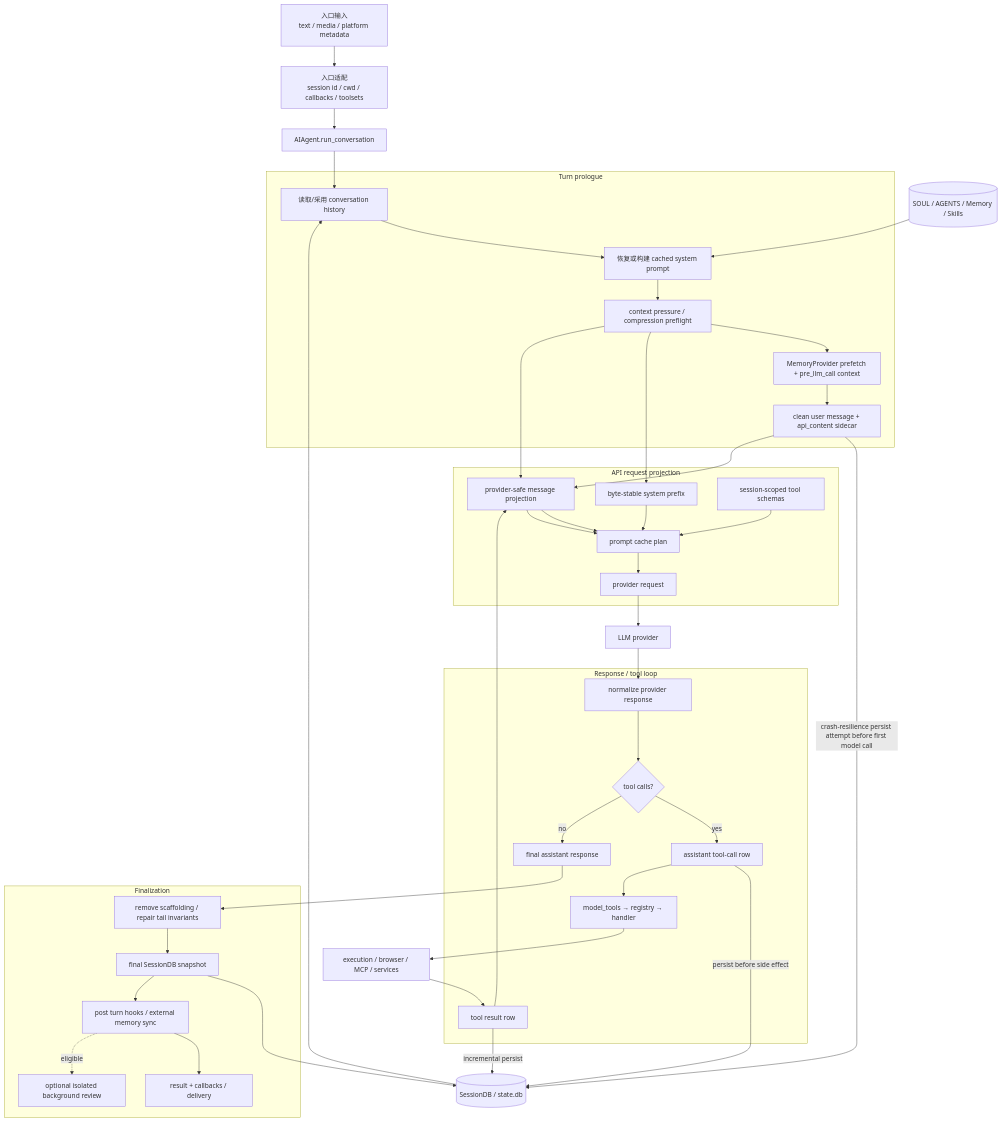
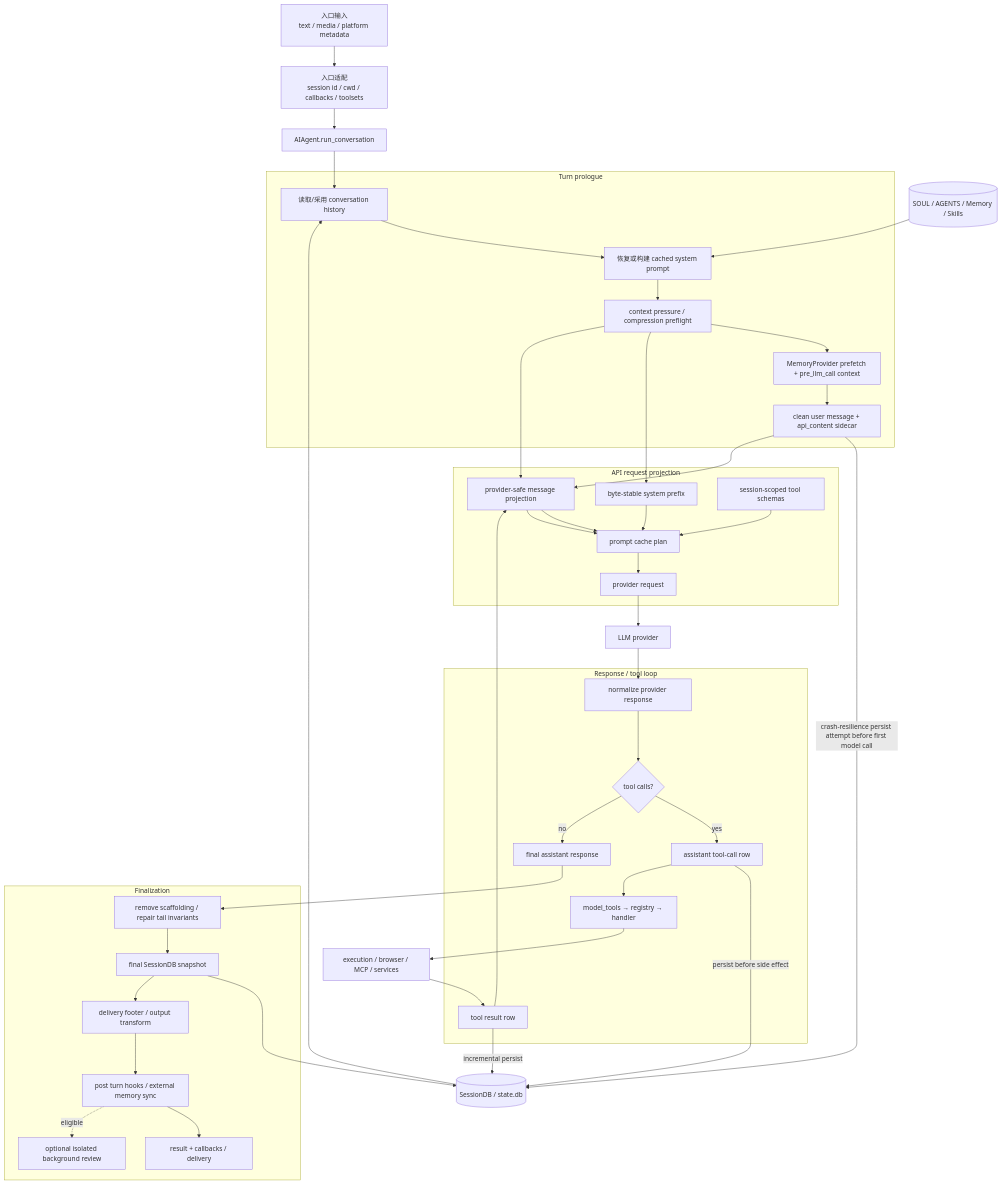
One commit to Carrie111998/Hermes changed the first of 2 diagrams in docs/research/hermes-agent/architecture/data-flow.md. Above: the diagram before and after it, drawn with Mermaid. The commit also changed other lines of this file and 7 other files, not shown here.

````diff
--- a/docs/research/hermes-agent/architecture/data-flow.md
+++ b/docs/research/hermes-agent/architecture/data-flow.md
@@ -23,68 +23,69 @@
 ```mermaid
 flowchart TB
     Input["入口输入<br/>text / media / platform metadata"]
     Normalize["入口适配<br/>session id / cwd / callbacks / toolsets"]
     Agent[AIAgent.run_conversation]
 
     subgraph Prologue[Turn prologue]
         LoadHistory[读取/采用 conversation history]
         PromptSnapshot[恢复或构建 cached system prompt]
         Dynamic[MemoryProvider prefetch + pre_llm_call context]
         UserRow[clean user message + api_content sidecar]
         Preflight[context pressure / compression preflight]
     end
 
     subgraph APIProjection[API request projection]
         System[byte-stable system prefix]
         Messages[provider-safe message projection]
         Schemas[session-scoped tool schemas]
         CachePlan[prompt cache plan]
         Request[provider request]
     end
 
     subgraph Loop[Response / tool loop]
         NormalizeResp[normalize provider response]
         Choice{tool calls?}
         AssistantCall[assistant tool-call row]
         Dispatch[model_tools → registry → handler]
         ToolResult[tool result row]
         Final[final assistant response]
     end
 
     subgraph Finish[Finalization]
         Repair[remove scaffolding / repair tail invariants]
         Persist[final SessionDB snapshot]
+        Project[delivery footer / output transform]
         Hooks[post turn hooks / external memory sync]
         Return[result + callbacks / delivery]
         Review[optional isolated background review]
     end
 
     DB[(SessionDB / state.db)]
     ContextFiles[(SOUL / AGENTS / Memory / Skills)]
     ToolBackends[execution / browser / MCP / services]
     Provider[LLM provider]
 
     Input --> Normalize --> Agent --> LoadHistory
     DB --> LoadHistory
     ContextFiles --> PromptSnapshot
     LoadHistory --> PromptSnapshot --> Preflight --> Dynamic --> UserRow
     UserRow -->|crash-resilience persist attempt before first model call| DB
 
     Preflight --> System
     Preflight --> Messages
     UserRow --> Messages
     Schemas --> CachePlan
     System --> CachePlan
     Messages --> CachePlan --> Request --> Provider --> NormalizeResp --> Choice
 
     Choice -->|yes| AssistantCall
     AssistantCall -->|persist before side effect| DB
     AssistantCall --> Dispatch --> ToolBackends --> ToolResult
     ToolResult -->|incremental persist| DB
     ToolResult --> Messages
     Messages --> CachePlan
 
     Choice -->|no| Final --> Repair --> Persist --> DB
-    Persist --> Hooks --> Return
+    Persist --> Project --> Hooks --> Return
     Hooks -.eligible.-> Review
 ```
````
